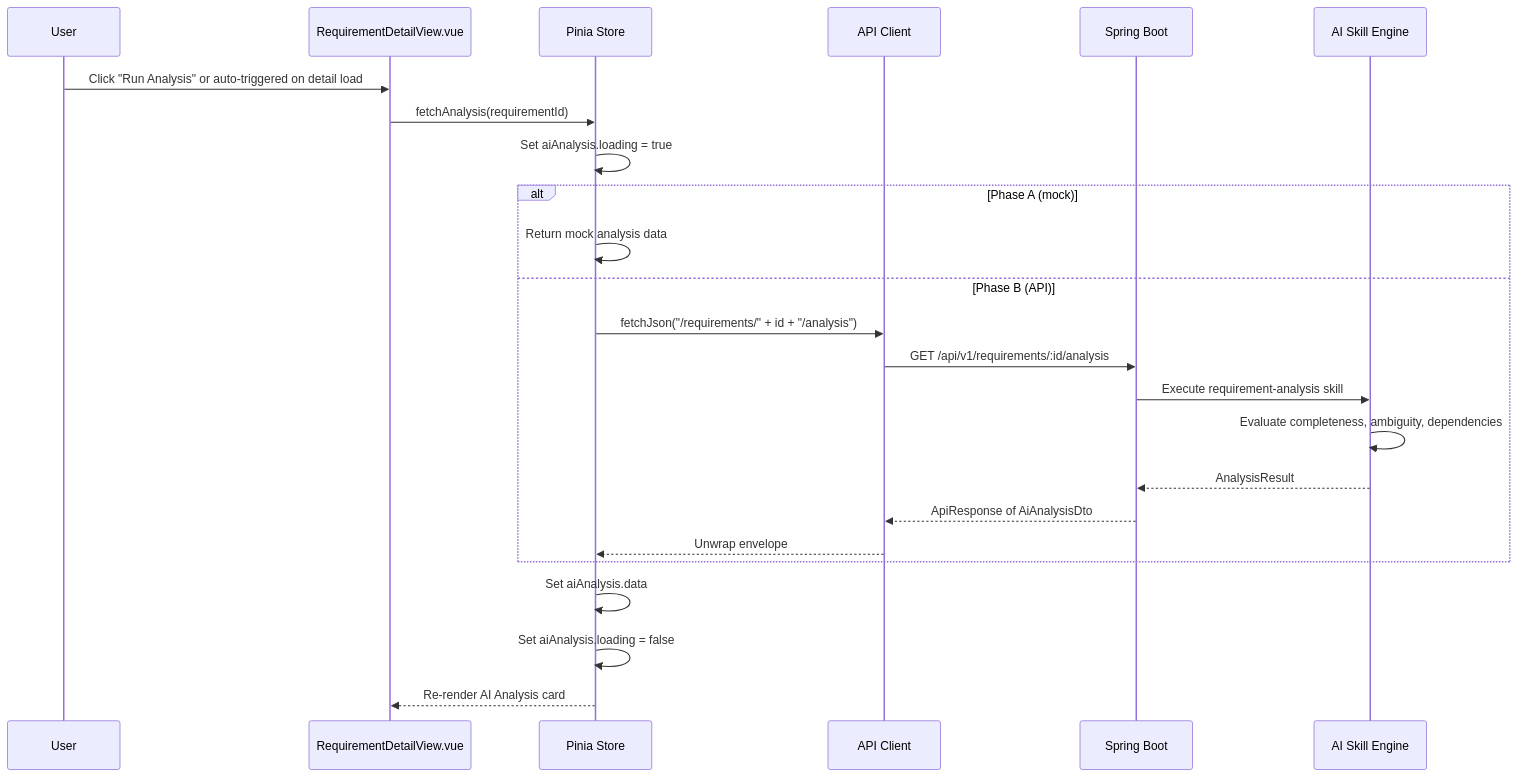
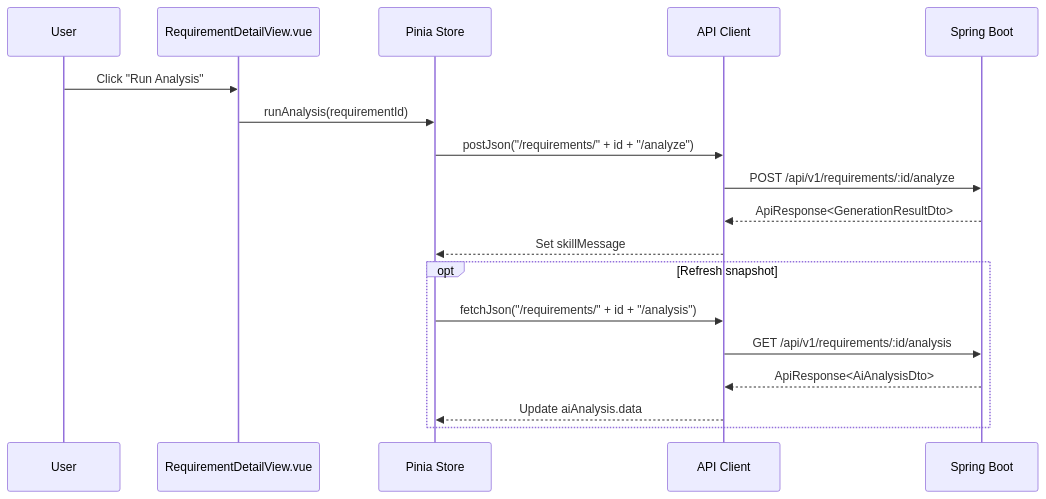
The sixth of 13 diagrams in docs/04-architecture/requirement-data-flow.md (wwa-lab/Agentic-SDLC-Control-Tower), drawn with Mermaid before and after one commit. The commit also changed other lines of this file and 95 other files, not shown here.

Commit message:
feat: add kb-backed requirement intake flow

````diff
--- a/docs/04-architecture/requirement-data-flow.md
+++ b/docs/04-architecture/requirement-data-flow.md
@@ -251,27 +257,21 @@
 ```mermaid
 sequenceDiagram
     participant User
     participant Detail as RequirementDetailView.vue
     participant Store as Pinia Store
     participant Client as API Client
     participant Backend as Spring Boot
-    participant AISkill as AI Skill Engine
 
-    User->>Detail: Click "Run Analysis" or auto-triggered on detail load
-    Detail->>Store: fetchAnalysis(requirementId)
-    Store->>Store: Set aiAnalysis.loading = true
-    alt Phase A (mock)
-        Store->>Store: Return mock analysis data
-    else Phase B (API)
+    User->>Detail: Click "Run Analysis"
+    Detail->>Store: runAnalysis(requirementId)
+    Store->>Client: postJson("/requirements/" + id + "/analyze")
+    Client->>Backend: POST /api/v1/requirements/:id/analyze
+    Backend-->>Client: ApiResponse<GenerationResultDto>
+    Client-->>Store: Set skillMessage
+    opt Refresh snapshot
         Store->>Client: fetchJson("/requirements/" + id + "/analysis")
         Client->>Backend: GET /api/v1/requirements/:id/analysis
-        Backend->>AISkill: Execute requirement-analysis skill
-        AISkill->>AISkill: Evaluate completeness, ambiguity, dependencies
-        AISkill-->>Backend: AnalysisResult
-        Backend-->>Client: ApiResponse of AiAnalysisDto
-        Client-->>Store: Unwrap envelope
+        Backend-->>Client: ApiResponse<AiAnalysisDto>
+        Client-->>Store: Update aiAnalysis.data
     end
-    Store->>Store: Set aiAnalysis.data
-    Store->>Store: Set aiAnalysis.loading = false
-    Store-->>Detail: Re-render AI Analysis card
 ```
````
